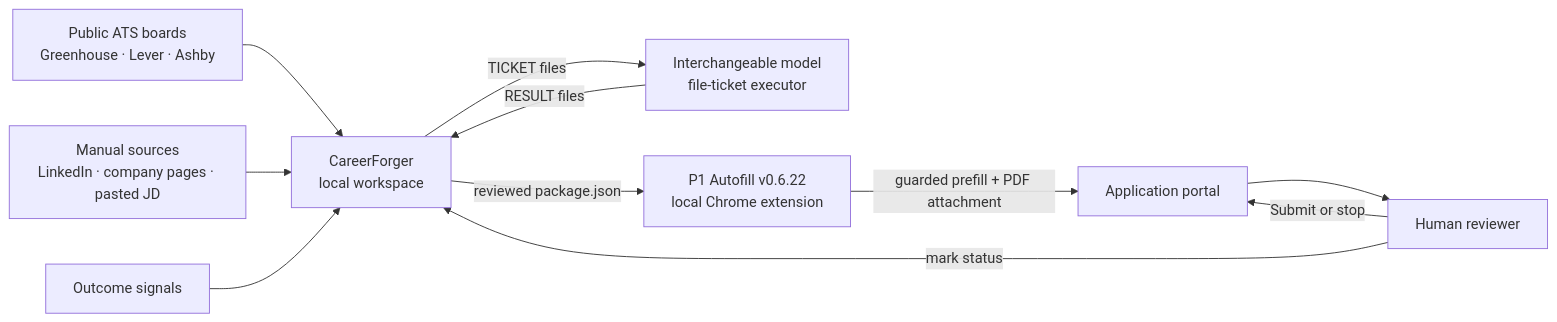
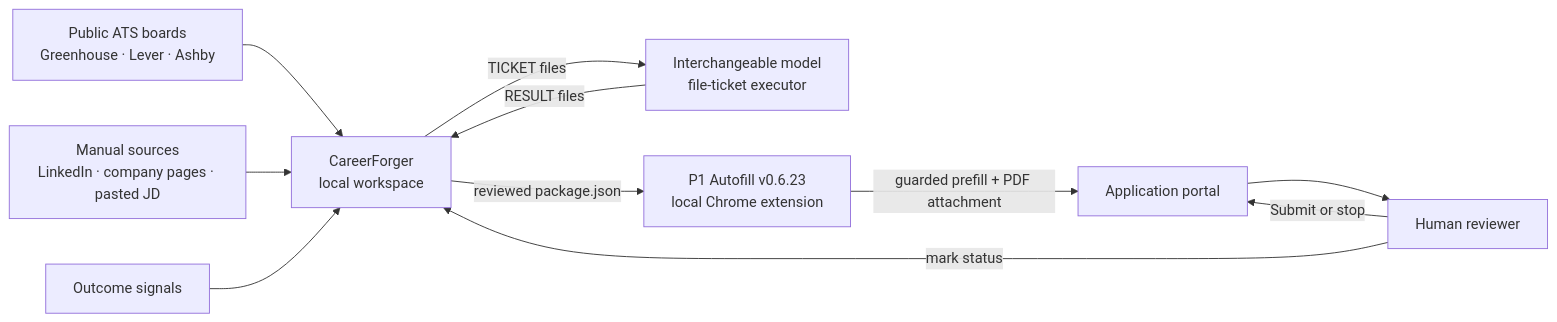
The first of 4 diagrams in docs/ARCHITECTURE.md (devothamgn321/CareerForger), drawn with Mermaid before and after one commit. The commit also changed other lines of this file and 11 other files, not shown here.

````diff
--- a/docs/ARCHITECTURE.md
+++ b/docs/ARCHITECTURE.md
@@ -117,22 +117,22 @@
 ```mermaid
 flowchart LR
     ATS[Public ATS boards<br/>Greenhouse · Lever · Ashby]
     MANUAL[Manual sources<br/>LinkedIn · company pages · pasted JD]
     CF[CareerForger<br/>local workspace]
     MODEL[Interchangeable model<br/>file-ticket executor]
-    EXT[P1 Autofill v0.6.22<br/>local Chrome extension]
+    EXT[P1 Autofill v0.6.23<br/>local Chrome extension]
     PORTAL[Application portal]
     HUMAN[Human reviewer]
     OUTCOME[Outcome signals]
 
     ATS --> CF
     MANUAL --> CF
     CF -->|TICKET files| MODEL
     MODEL -->|RESULT files| CF
     CF -->|reviewed package.json| EXT
     EXT -->|guarded prefill + PDF attachment| PORTAL
     PORTAL --> HUMAN
     HUMAN -->|Submit or stop| PORTAL
     HUMAN -->|mark status| CF
     OUTCOME --> CF
 ```
````
